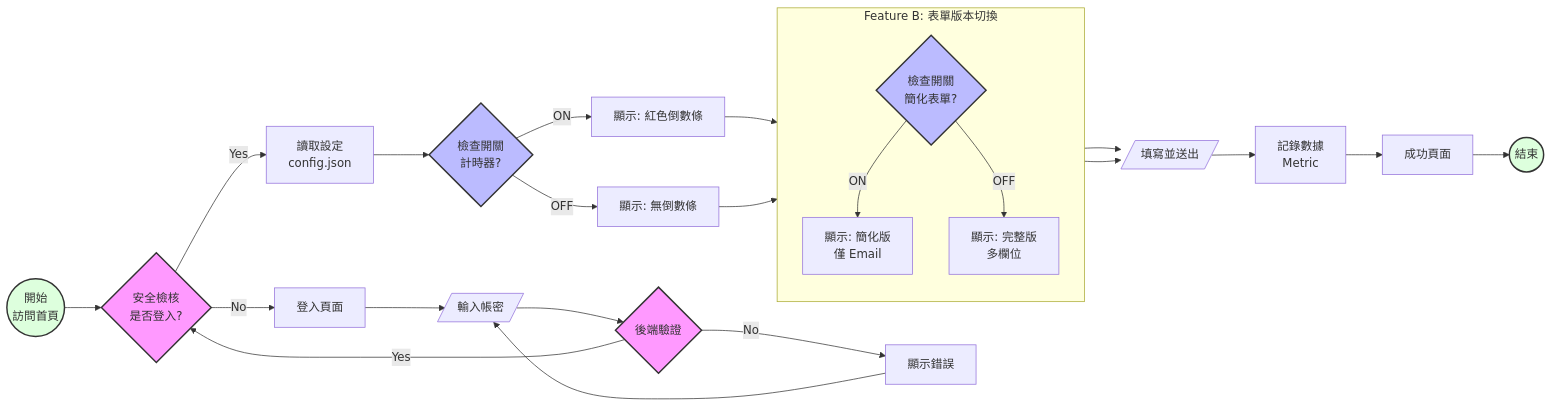
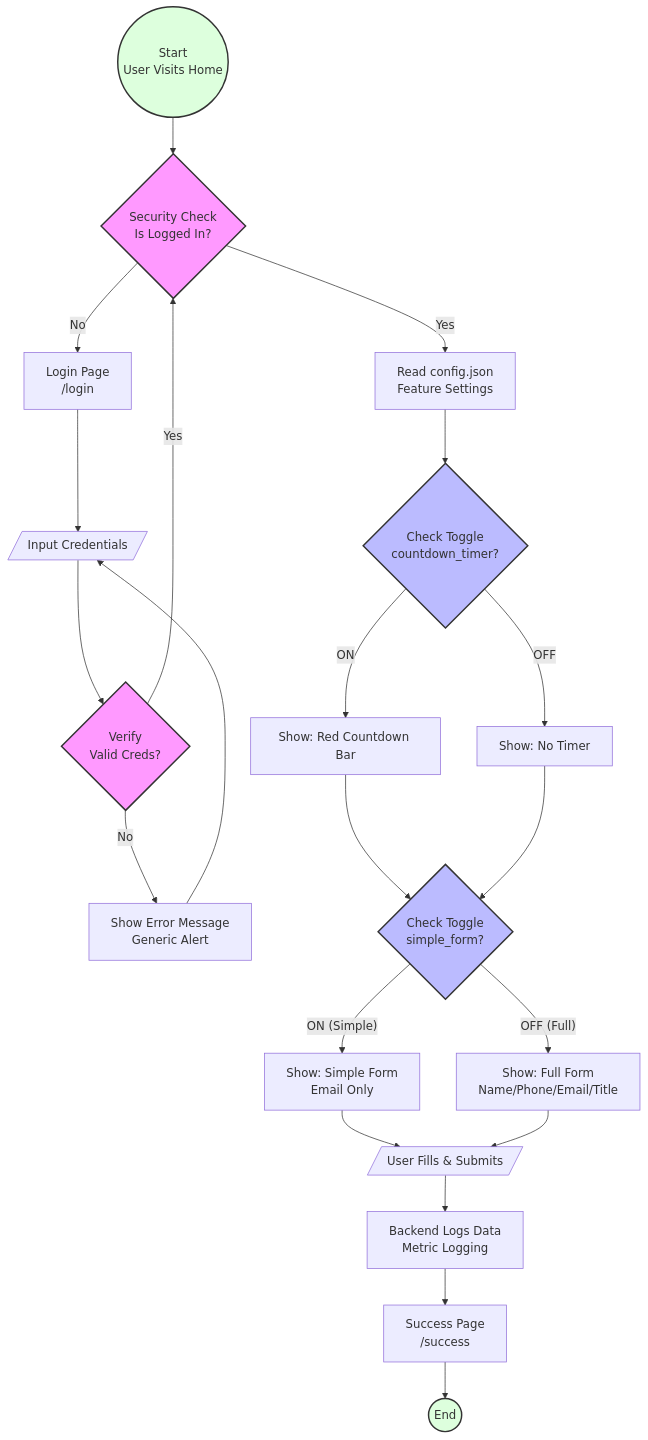
Before and after one commit to Kiwi-Peng/hw11: the diagram in README.md, drawn with Mermaid.

````diff
--- a/README.md
+++ b/README.md
@@ -3,54 +3,45 @@
 ```mermaid
-flowchart LR
-    %% 定義節點樣式
-    classDef security fill:#f9f,stroke:#333,stroke-width:2px;
-    classDef feature fill:#bbf,stroke:#333,stroke-width:2px;
-    classDef startend fill:#dfd,stroke:#333,stroke-width:2px;
-
-    %% 主流程開始
-    Start((開始<br>訪問首頁)) --> CheckSession{安全檢核<br>是否登入?}
-    class Start startend
-    class CheckSession security
-
-    %% 登入與驗證迴圈
-    CheckSession -- No --> LoginPage[登入頁面]
-    LoginPage --> InputCreds[/輸入帳密/]
-    InputCreds --> VerifyCreds{後端驗證}
-    class VerifyCreds security
+flowchart TD
+    Start((Start<br>User Visits Home)) --> CheckSession{Security Check<br>Is Logged In?}
     
-    VerifyCreds -- No --> ShowError[顯示錯誤]
+    %% A&A Authentication Flow
+    CheckSession -- No --> LoginPage[Login Page<br>/login]
+    LoginPage --> InputCreds[/Input Credentials/]
+    InputCreds --> VerifyCreds{Verify<br>Valid Creds?}
+    VerifyCreds -- No --> ShowError[Show Error Message<br>Generic Alert]
     ShowError --> InputCreds
+    
+    %% 修改點：驗證成功後直接連回檢查點
     VerifyCreds -- Yes --> CheckSession
-
-    %% 功能切換區域 (Feature Toggles)
-    CheckSession -- Yes --> ReadConfig[讀取設定<br>config.json]
-    ReadConfig --> ToggleTimer{檢查開關<br>計時器?}
-    class ToggleTimer feature
-
-    %% Feature A: 倒數計時器
-    ToggleTimer -- ON --> ShowTimer[顯示: 紅色倒數條]
-    ToggleTimer -- OFF --> NoTimer[顯示: 無倒數條]
-
-    %% Feature B: 簡化表單 (使用子圖表讓它整齊排列)
-    subgraph FormLogic [Feature B: 表單版本切換]
-        direction TB
-        ToggleForm{檢查開關<br>簡化表單?}
-        class ToggleForm feature
-        
-        ToggleForm -- ON --> SimpleUI[顯示: 簡化版<br>僅 Email]
-        ToggleForm -- OFF --> ComplexUI[顯示: 完整版<br>多欄位]
-    end
-
-    %% 連接 A 到 B
-    ShowTimer --> ToggleForm
+    
+    %% Feature Toggling & UI Rendering
+    CheckSession -- Yes --> ReadConfig[Read config.json<br>Feature Settings]
+    ReadConfig --> ToggleTimer{Check Toggle<br>countdown_timer?}
+    
+    %% Feature A: Countdown Timer
+    ToggleTimer -- ON --> ShowTimer[Show: Red Countdown Bar]
+    ToggleTimer -- OFF --> NoTimer[Show: No Timer]
+    
+    ShowTimer --> ToggleForm{Check Toggle<br>simple_form?}
     NoTimer --> ToggleForm
-
-    %% 互動與結束
-    SimpleUI --> UserAction[/填寫並送出/]
+    
+    %% Feature B: Simple Form
+    ToggleForm -- ON (Simple) --> SimpleUI[Show: Simple Form<br>Email Only]
+    ToggleForm -- OFF (Full) --> ComplexUI[Show: Full Form<br>Name/Phone/Email/Title]
+    
+    %% Interaction & End
+    SimpleUI --> UserAction[/User Fills & Submits/]
     ComplexUI --> UserAction
     
-    UserAction --> LogMetric[記錄數據<br>Metric]
-    LogMetric --> SuccessPage[成功頁面]
-    SuccessPage --> End((結束))
-    class End startend
+    UserAction --> LogMetric[Backend Logs Data<br>Metric Logging]
+    LogMetric --> SuccessPage[Success Page<br>/success]
+    SuccessPage --> End((End))
+
+    %% Styling
+    style CheckSession fill:#f9f,stroke:#333,stroke-width:2px
+    style VerifyCreds fill:#f9f,stroke:#333,stroke-width:2px
+    style ToggleTimer fill:#bbf,stroke:#333,stroke-width:2px
+    style ToggleForm fill:#bbf,stroke:#333,stroke-width:2px
+    style Start fill:#dfd,stroke:#333,stroke-width:2px
+    style End fill:#dfd,stroke:#333,stroke-width:2px
 ```
````
